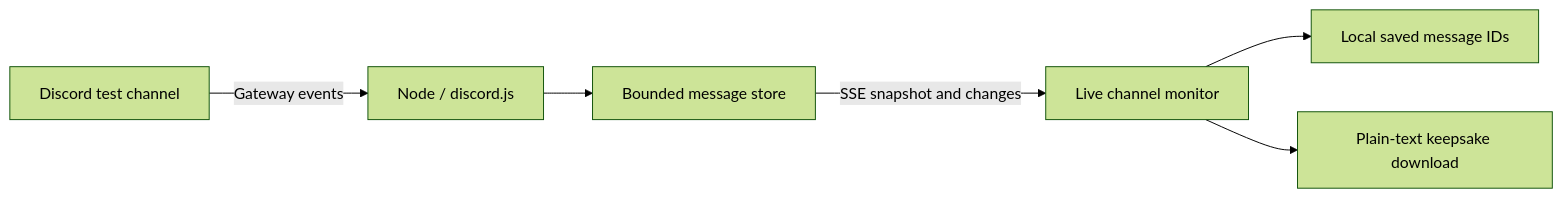
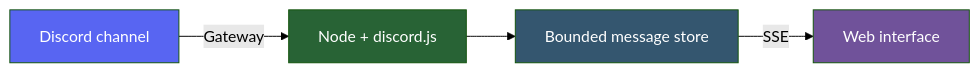
The diagram in README.md (arshi9854/Discord-Live), drawn with Mermaid (forest theme) before and after one commit. The commit also changed other lines of this file and 1 other file, not shown here.

````diff
--- a/README.md
+++ b/README.md
@@ -46,8 +36,10 @@
 ```mermaid
 flowchart LR
-  Discord[Discord test channel] -->|Gateway events| Bot[Node / discord.js]
-  Bot --> Store[Bounded message store]
-  Store -->|SSE snapshot and changes| Browser[Live channel monitor]
-  Browser --> Hearts[Local saved message IDs]
-  Browser --> Download[Plain-text keepsake download]
+  D[Discord channel] -->|Gateway| B[Node + discord.js]
+  B --> S[Bounded message store]
+  S -->|SSE| W[Web interface]
+  style D fill:#5865F2,color:#fff
+  style B fill:#286335,color:#fff
+  style S fill:#34566F,color:#fff
+  style W fill:#70529A,color:#fff
 ```
````
